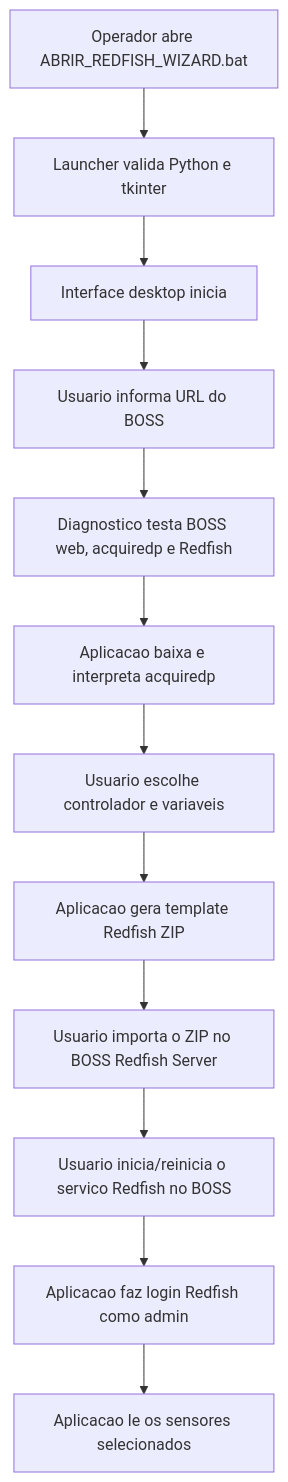
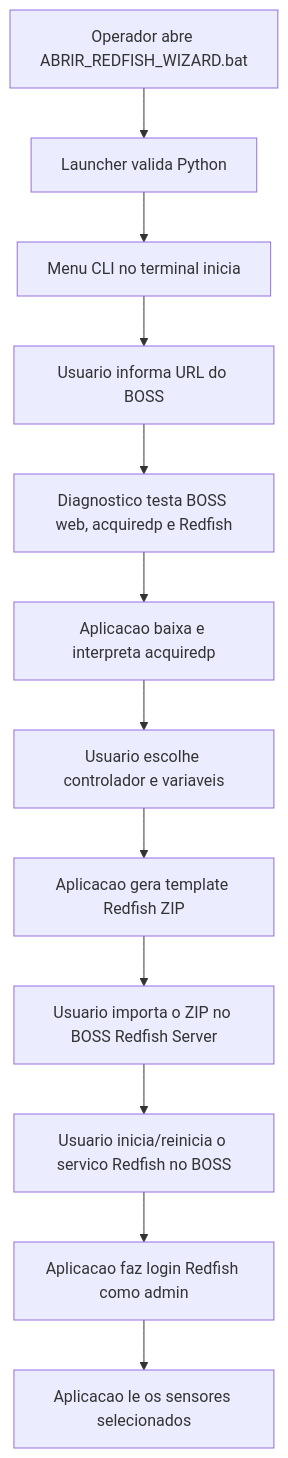
Before and after one commit to ElieltonPolityto/Boss_redfish_application: the third of 4 diagrams in README.md, drawn with Mermaid. The commit also changed other lines of this file and 1 other file, not shown here.

Commit message:
restore cli launcher flow

````diff
--- a/README.md
+++ b/README.md
@@ -395,14 +405,14 @@
 ```mermaid
 flowchart TD
-    A["Operador abre ABRIR_REDFISH_WIZARD.bat"] --> B["Launcher valida Python e tkinter"]
-    B --> C["Interface desktop inicia"]
+    A["Operador abre ABRIR_REDFISH_WIZARD.bat"] --> B["Launcher valida Python"]
+    B --> C["Menu CLI no terminal inicia"]
     C --> D["Usuario informa URL do BOSS"]
     D --> E["Diagnostico testa BOSS web, acquiredp e Redfish"]
     E --> F["Aplicacao baixa e interpreta acquiredp"]
     F --> G["Usuario escolhe controlador e variaveis"]
     G --> H["Aplicacao gera template Redfish ZIP"]
     H --> I["Usuario importa o ZIP no BOSS Redfish Server"]
     I --> J["Usuario inicia/reinicia o servico Redfish no BOSS"]
     J --> K["Aplicacao faz login Redfish como admin"]
     K --> L["Aplicacao le os sensores selecionados"]
 ```
````
